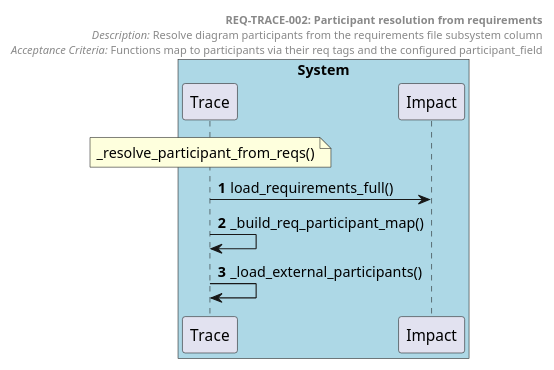
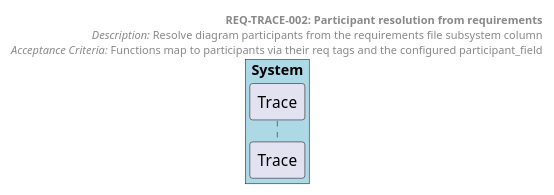
One commit to tvanfossen/doxygen-guard changed the diagram in docs/generated/sequences/REQ-TRACE-002.puml. Above: the diagram before and after it, drawn with PlantUML. The commit also changed 35 other files, not shown here.

First line of the commit message:
Add tree-sitter AST pipeline for behavioral sequence diagrams

```diff
--- a/docs/generated/sequences/REQ-TRACE-002.puml
+++ b/docs/generated/sequences/REQ-TRACE-002.puml
@@ -1,21 +1,15 @@
 @startuml REQ-TRACE-002 Participant resolution from requirements
 autonumber
 
 box "System" #LightBlue
   participant "Trace" as Trace
-  participant "Impact" as Impact
 end box
 
 header
   **REQ-TRACE-002: Participant resolution from requirements**
   //Description:// Resolve diagram participants from the requirements file subsystem column
   //Acceptance Criteria:// Functions map to participants via their req tags and the configured participant_field
 end header
 
-note over Trace: _resolve_participant_from_reqs()
-
-Trace -> Impact: load_requirements_full()
-Trace -> Trace: _build_req_participant_map()
-Trace -> Trace: _load_external_participants()
 
 @enduml
```
